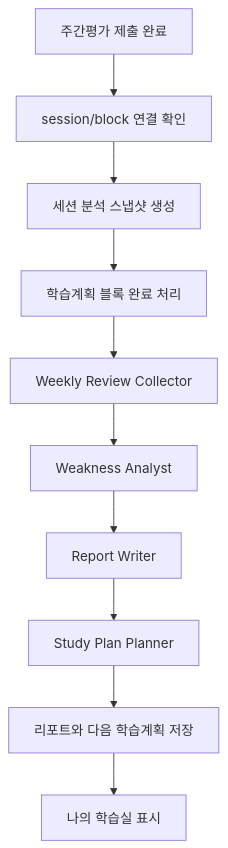
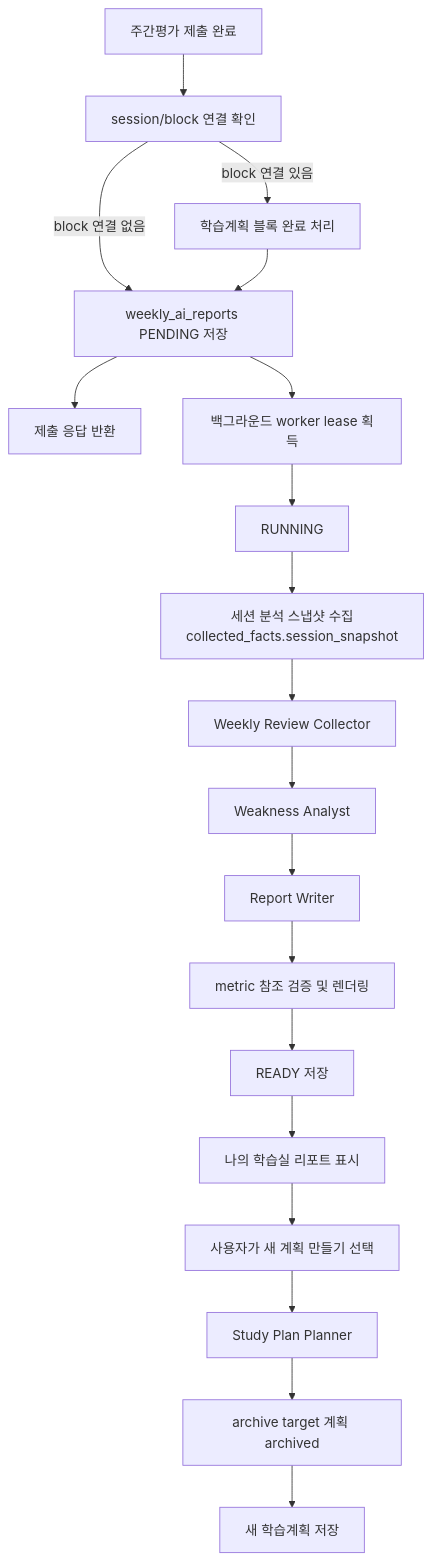
Before and after one commit to SKNETWORKS-FAMILY-AICAMP/SKN27-FINAL-2Team: the fourth of 4 diagrams in docs/study_plan/weekly_review_ai_report_plan.md, drawn with Mermaid. The commit also changed other lines of this file and 12 other files, not shown here.

Commit message:
mypage 취약점 분석 개선 & 학습계획 설계

````diff
--- a/docs/study_plan/weekly_review_ai_report_plan.md
+++ b/docs/study_plan/weekly_review_ai_report_plan.md
@@ -165,12 +547,21 @@
 ```mermaid
 flowchart TD
     start["주간평가 제출 완료"] --> link["session/block 연결 확인"]
-    link --> snapshot["세션 분석 스냅샷 생성"]
-    snapshot --> complete["학습계획 블록 완료 처리"]
-    complete --> collect["Weekly Review Collector"]
+    link -->|"block 연결 있음"| complete["학습계획 블록 완료 처리"]
+    link -->|"block 연결 없음"| enqueue["weekly_ai_reports PENDING 저장"]
+    complete --> enqueue
+    enqueue --> response["제출 응답 반환"]
+    enqueue --> worker["백그라운드 worker lease 획득"]
+    worker --> running["RUNNING"]
+    running --> snapshot["세션 분석 스냅샷 수집<br/>collected_facts.session_snapshot"]
+    snapshot --> collect["Weekly Review Collector"]
     collect --> analyze["Weakness Analyst"]
     analyze --> report["Report Writer"]
-    report --> plan["Study Plan Planner"]
-    plan --> save["리포트와 다음 학습계획 저장"]
-    save --> mypage["나의 학습실 표시"]
+    report --> validate["metric 참조 검증 및 렌더링"]
+    validate --> ready["READY 저장"]
+    ready --> mypage["나의 학습실 리포트 표시"]
+    mypage --> userPlan["사용자가 새 계획 만들기 선택"]
+    userPlan --> planner["Study Plan Planner"]
+    planner --> archive["archive target 계획 archived"]
+    archive --> savePlan["새 학습계획 저장"]
 ```
````
